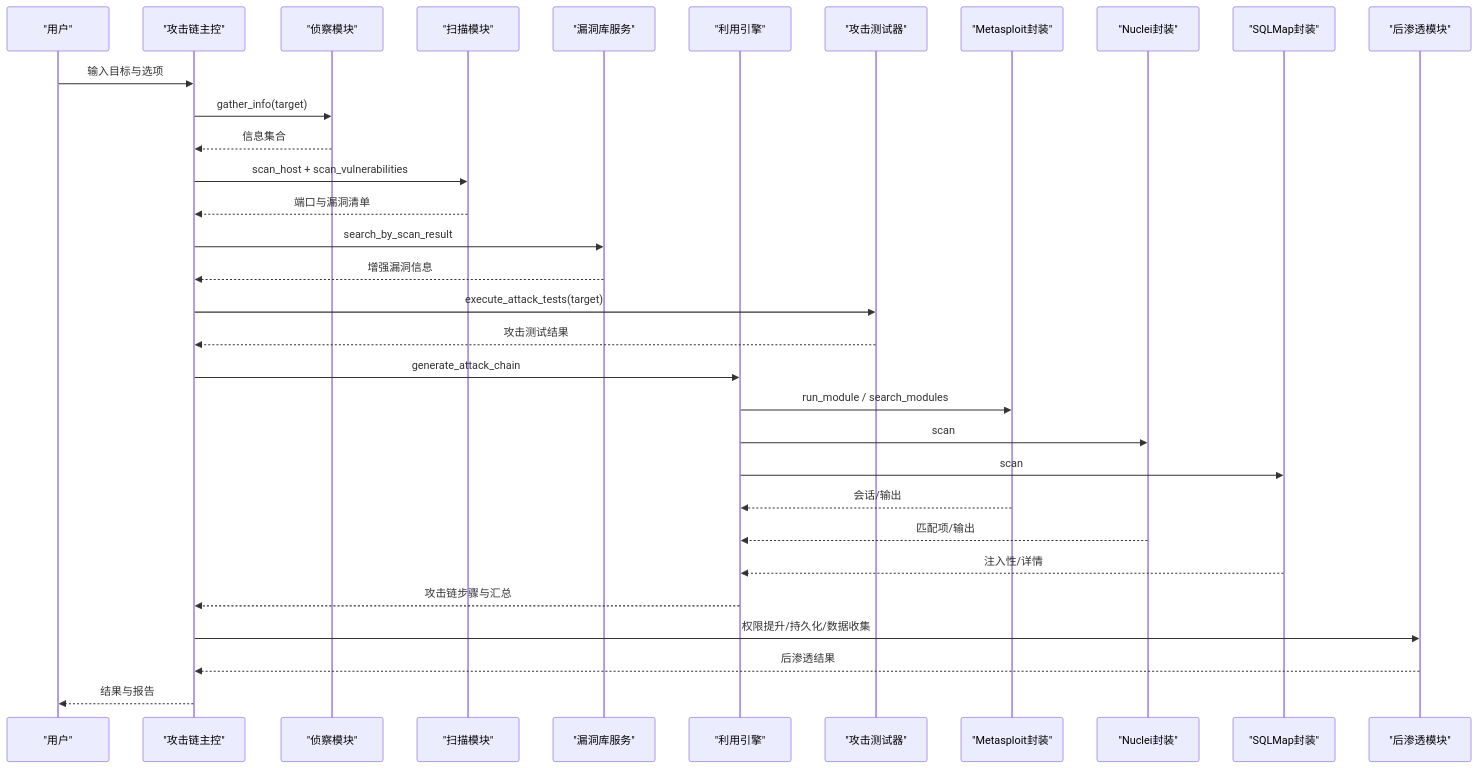
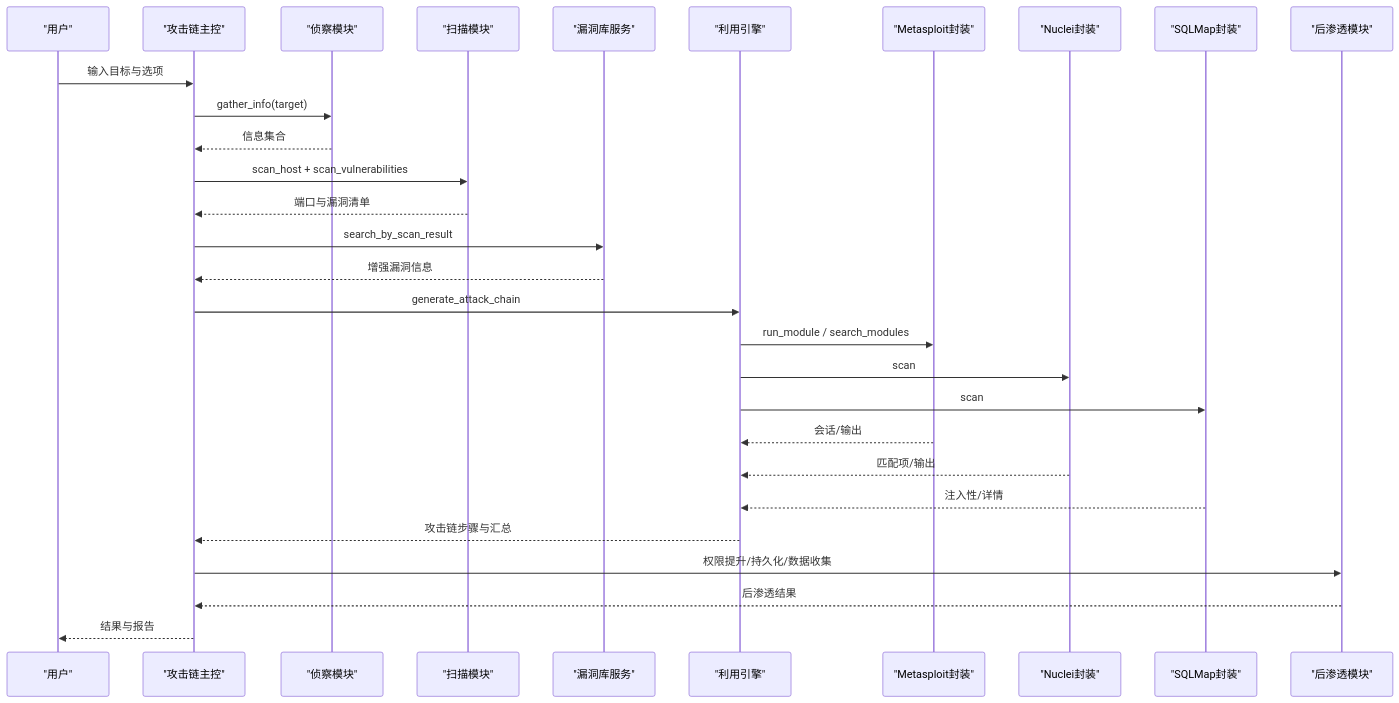
The second of 9 diagrams in .qoder/repowiki/zh/content/项目概述/核心功能特性/自动化渗透测试能力/自动化渗透测试能力.md (iammm0/secbot), drawn with Mermaid before and after one commit. The commit also changed other lines of this file and 47 other files, not shown here.

````diff
--- a/.qoder/repowiki/zh/content/项目概述/核心功能特性/自动化渗透测试能力/自动化渗透测试能力.md
+++ b/.qoder/repowiki/zh/content/项目概述/核心功能特性/自动化渗透测试能力/自动化渗透测试能力.md
@@ -141,34 +119,31 @@
 ```mermaid
 sequenceDiagram
 participant U as "用户"
 participant AC as "攻击链主控"
 participant REC as "侦察模块"
 participant SCN as "扫描模块"
 participant VDB as "漏洞库服务"
 participant EXP as "利用引擎"
-participant ATT as "攻击测试器"
 participant MSF as "Metasploit封装"
 participant NUC as "Nuclei封装"
 participant SQL as "SQLMap封装"
 participant POST as "后渗透模块"
 U->>AC : 输入目标与选项
 AC->>REC : gather_info(target)
 REC-->>AC : 信息集合
 AC->>SCN : scan_host + scan_vulnerabilities
 SCN-->>AC : 端口与漏洞清单
 AC->>VDB : search_by_scan_result
 VDB-->>AC : 增强漏洞信息
-AC->>ATT : execute_attack_tests(target)
-ATT-->>AC : 攻击测试结果
 AC->>EXP : generate_attack_chain
 EXP->>MSF : run_module / search_modules
 EXP->>NUC : scan
 EXP->>SQL : scan
 MSF-->>EXP : 会话/输出
 NUC-->>EXP : 匹配项/输出
 SQL-->>EXP : 注入性/详情
 EXP-->>AC : 攻击链步骤与汇总
 AC->>POST : 权限提升/持久化/数据收集
 POST-->>AC : 后渗透结果
 AC-->>U : 结果与报告
 ```
````
